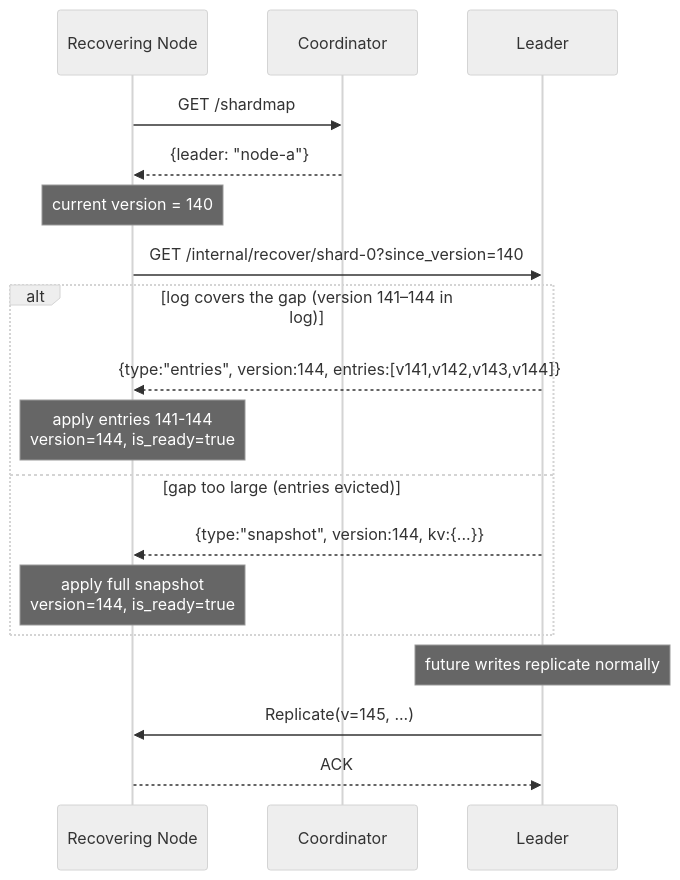
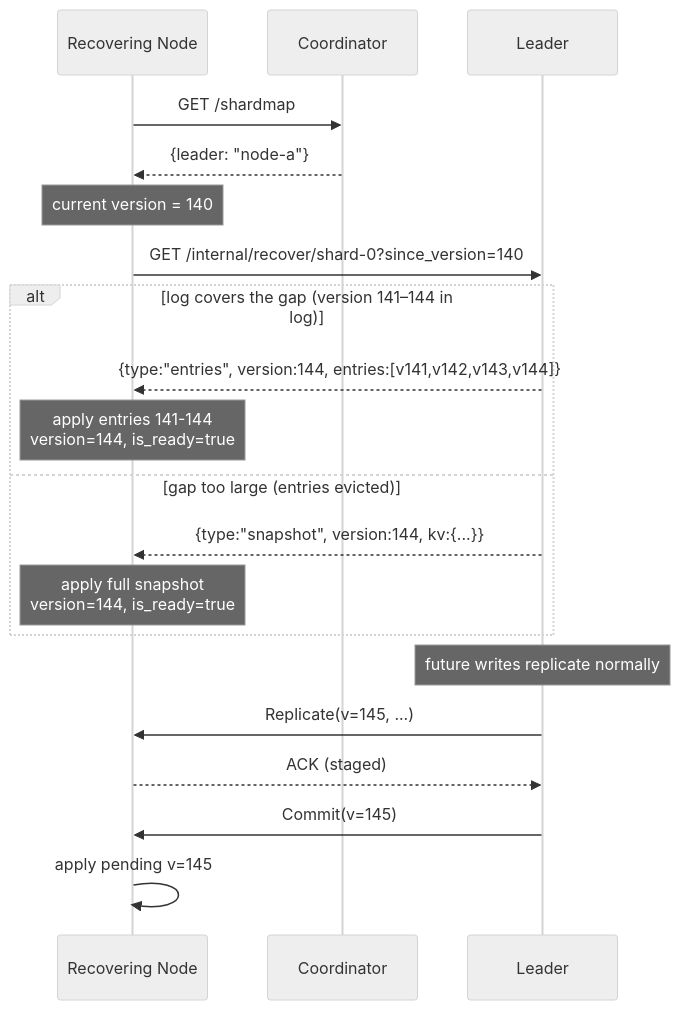
The eighth of 9 diagrams in docs/replication.md (davecarr1024/doki), drawn with Mermaid (neutral theme) before and after one commit. The commit also changed other lines of this file and 1 other file, not shown here.

Commit message:
Document append/commit replication

````diff
--- a/docs/replication.md
+++ b/docs/replication.md
@@ -223,24 +229,26 @@
 ```mermaid
 sequenceDiagram
     participant R as Recovering Node
     participant CO as Coordinator
     participant L as Leader
 
     R->>CO: GET /shardmap
     CO-->>R: {leader: "node-a"}
 
     note over R: current version = 140
     R->>L: GET /internal/recover/shard-0?since_version=140
 
     alt log covers the gap (version 141–144 in log)
         L-->>R: {type:"entries", version:144, entries:[v141,v142,v143,v144]}
         note over R: apply entries 141-144<br/>version=144, is_ready=true
     else gap too large (entries evicted)
         L-->>R: {type:"snapshot", version:144, kv:{...}}
         note over R: apply full snapshot<br/>version=144, is_ready=true
     end
 
     note over L: future writes replicate normally
     L->>R: Replicate(v=145, ...)
-    R-->>L: ACK
+    R-->>L: ACK (staged)
+    L->>R: Commit(v=145)
+    R->>R: apply pending v=145
 ```
````
